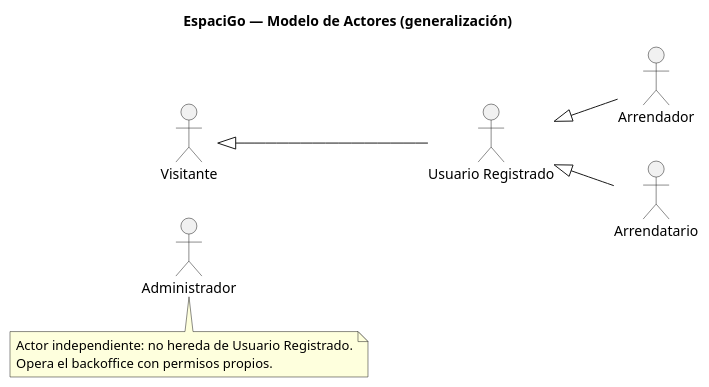
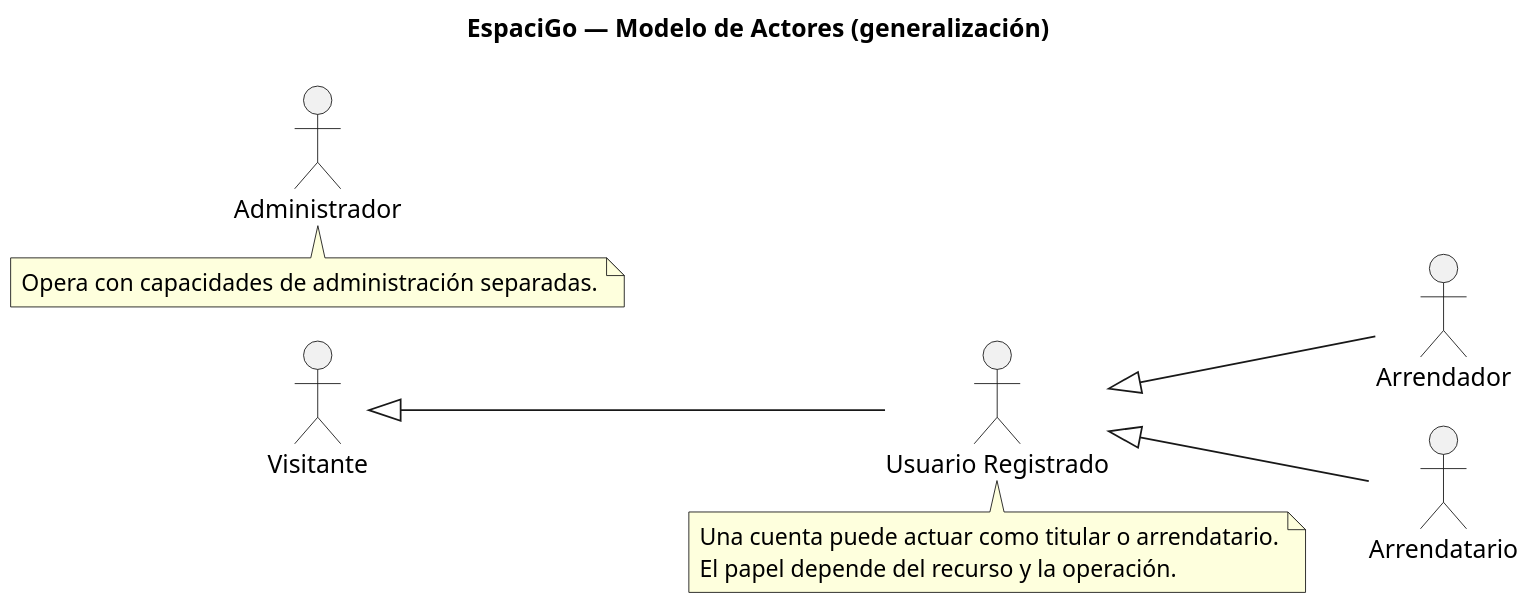
One commit to HernanEspinozaDev/proyectotitulo changed the diagram in tesis_final/assets/diagramas_src/anexo_c/cu_actores.puml. Above: the diagram before and after it, drawn with PlantUML. The commit also changed 75 other files, not shown here.

```diff
--- a/tesis_final/assets/diagramas_src/anexo_c/cu_actores.puml
+++ b/tesis_final/assets/diagramas_src/anexo_c/cu_actores.puml
@@ -1,20 +1,26 @@
 @startuml
+!pragma layout smetana
+skinparam dpi 170
 title EspaciGo — Modelo de Actores (generalización)
 left to right direction
 skinparam packageStyle rectangle
 
 actor "Visitante" as VIS
 actor "Usuario Registrado" as USR
 actor "Arrendador" as ARR
 actor "Arrendatario" as ARREN
 actor "Administrador" as ADMIN
 
 VIS <|-- USR
 USR <|-- ARR
 USR <|-- ARREN
 
+note bottom of USR
+  Una cuenta puede actuar como titular o arrendatario.
+  El papel depende del recurso y la operación.
+end note
+
 note bottom of ADMIN
-  Actor independiente: no hereda de Usuario Registrado.
-  Opera el backoffice con permisos propios.
+  Opera con capacidades de administración separadas.
 end note
 @enduml
```
